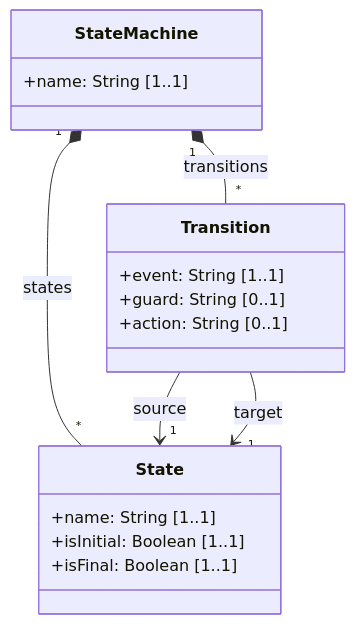
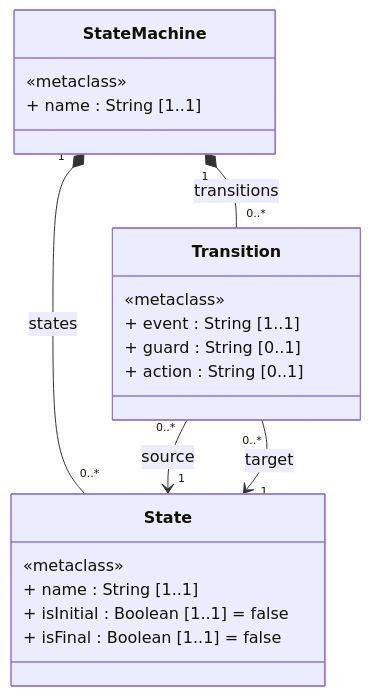
The first of 5 diagrams in 09-przykladowy-metamodel.md (prazny/ex-knowledge), drawn with Mermaid before and after one commit. The commit also changed other lines of this file and 33 other files, not shown here.

````diff
--- a/09-przykladowy-metamodel.md
+++ b/09-przykladowy-metamodel.md
@@ -82,21 +89,24 @@
 ```mermaid
 classDiagram
     class StateMachine {
-        +name: String [1..1]
+        «metaclass»
+        + name : String [1..1]
     }
     class State {
-        +name: String [1..1]
-        +isInitial: Boolean [1..1]
-        +isFinal: Boolean [1..1]
+        «metaclass»
+        + name : String [1..1]
+        + isInitial : Boolean [1..1] = false
+        + isFinal : Boolean [1..1] = false
     }
     class Transition {
-        +event: String [1..1]
-        +guard: String [0..1]
-        +action: String [0..1]
+        «metaclass»
+        + event : String [1..1]
+        + guard : String [0..1]
+        + action : String [0..1]
     }
 
-    StateMachine "1" *-- "*" State : states
-    StateMachine "1" *-- "*" Transition : transitions
-    Transition --> "1" State : source
-    Transition --> "1" State : target
+    StateMachine "1" *-- "0..*" State : states
+    StateMachine "1" *-- "0..*" Transition : transitions
+    Transition "0..*" --> "1" State : source
+    Transition "0..*" --> "1" State : target
 ```
````
